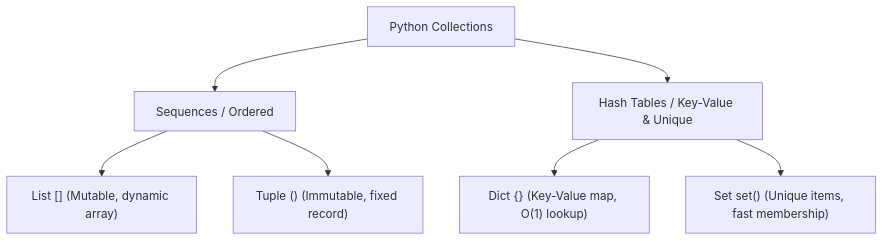
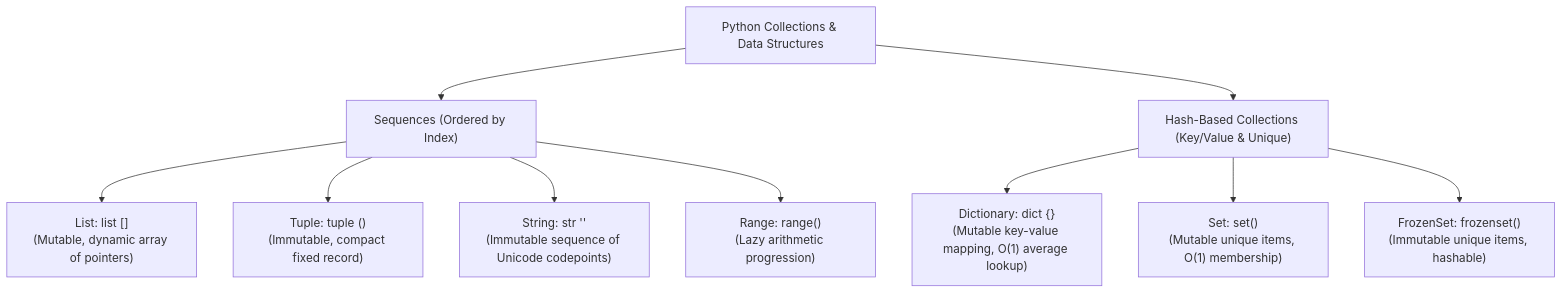
Before and after one commit to 1345AbhishekKumar/cs-cookbook: the first of 6 diagrams in content/docs/learn-python/01-fundamentals/07-sequences-and-collections.mdx, drawn with Mermaid. The commit also changed other lines of this file and 124 other files, not shown here.

````diff
--- a/content/docs/learn-python/01-fundamentals/07-sequences-and-collections.mdx
+++ b/content/docs/learn-python/01-fundamentals/07-sequences-and-collections.mdx
@@ -15,10 +15,16 @@
 ```mermaid
 flowchart TD
-    COL[Python Collections]
-    COL --> SEQ[Sequences / Ordered]
-    COL --> HASH[Hash Tables / Key-Value & Unique]
-    SEQ --> L["List [] (Mutable, dynamic array)"]
-    SEQ --> T["Tuple () (Immutable, fixed record)"]
-    HASH --> D["Dict {} (Key-Value map, O(1) lookup)"]
-    HASH --> S["Set set() (Unique items, fast membership)"]
+    COL["Python Collections & Data Structures"]
+
+    COL --> SEQ["Sequences (Ordered by Index)"]
+    COL --> HASH["Hash-Based Collections (Key/Value & Unique)"]
+
+    SEQ --> L["List: list []<br/>(Mutable, dynamic array of pointers)"]
+    SEQ --> T["Tuple: tuple ()<br/>(Immutable, compact fixed record)"]
+    SEQ --> S_STR["String: str ''<br/>(Immutable sequence of Unicode codepoints)"]
+    SEQ --> R["Range: range()<br/>(Lazy arithmetic progression)"]
+
+    HASH --> D["Dictionary: dict {}<br/>(Mutable key-value mapping, O(1) average lookup)"]
+    HASH --> S["Set: set()<br/>(Mutable unique items, O(1) membership)"]
+    HASH --> FS["FrozenSet: frozenset()<br/>(Immutable unique items, hashable)"]
 ```
````
